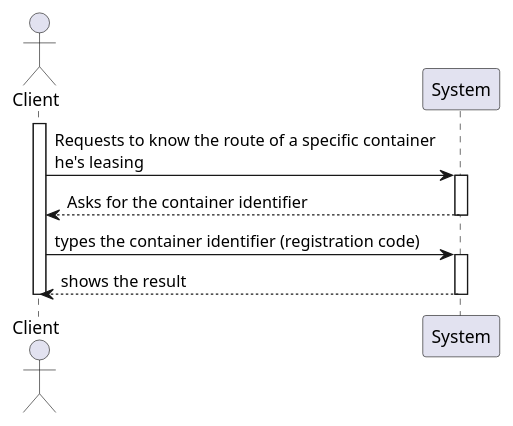
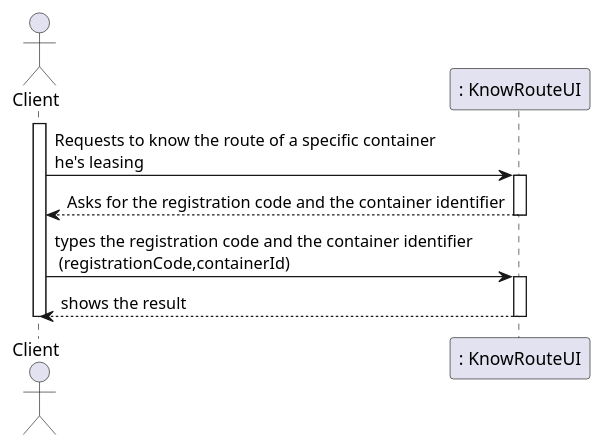
The diagram in docs/US305/US305_SSD.puml (0franciscor/lapr3-2021-g042), drawn with PlantUML before and after one commit. The commit also changed 12 other files, not shown here.

```diff
--- a/docs/US305/US305_SSD.puml
+++ b/docs/US305/US305_SSD.puml
@@ -1,17 +1,17 @@
 @startuml
-'https://plantuml.com/class-diagram
+'https://plantuml.com/sequence-diagram
 actor "Client" as C
-participant "System" as SY
+participant ": KnowRouteUI" as UI
 
 activate C
-C -> SY : Requests to know the route of a specific container \nhe's leasing
-activate SY
-SY --> C : Asks for the container identifier
-deactivate SY
-C -> SY : types the container identifier (registration code)
+C -> UI : Requests to know the route of a specific container \nhe's leasing
+activate UI
+UI --> C : Asks for the registration code and the container identifier
+deactivate UI
+C -> UI : types the registration code and the container identifier\n (registrationCode,containerId)
+activate UI
+UI-->C : shows the result
+deactivate UI
+deactivate C
 
-activate SY
-SY-->C : shows the result
-deactivate SY
-deactivate C
 @enduml
```
